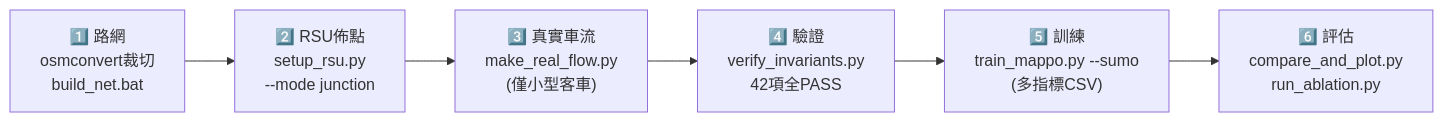
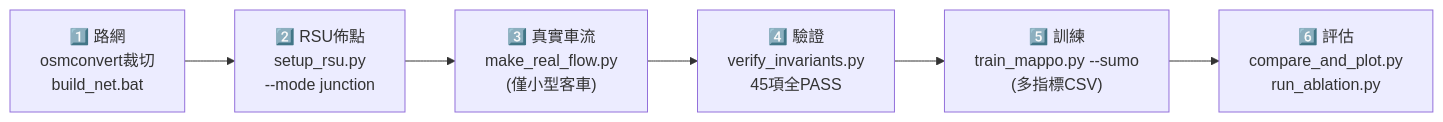
Before and after one commit to Nekojuice03/desktop-tutorial: the third of 3 diagrams in README.md, drawn with Mermaid. The commit also changed other lines of this file and 16 other files, not shown here.

````diff
--- a/README.md
+++ b/README.md
@@ -79,8 +79,8 @@
 ```mermaid
 flowchart LR
     S1["1️⃣ 路網<br/>osmconvert裁切<br/>build_net.bat"] --> S2["2️⃣ RSU佈點<br/>setup_rsu.py<br/>--mode junction"]
     S2 --> S3["3️⃣ 真實車流<br/>make_real_flow.py<br/>(僅小型客車)"]
-    S3 --> S4["4️⃣ 驗證<br/>verify_invariants.py<br/>42項全PASS"]
+    S3 --> S4["4️⃣ 驗證<br/>verify_invariants.py<br/>45項全PASS"]
     S4 --> S5["5️⃣ 訓練<br/>train_mappo.py --sumo<br/>(多指標CSV)"]
     S5 --> S6["6️⃣ 評估<br/>compare_and_plot.py<br/>run_ablation.py"]
 ```
````
